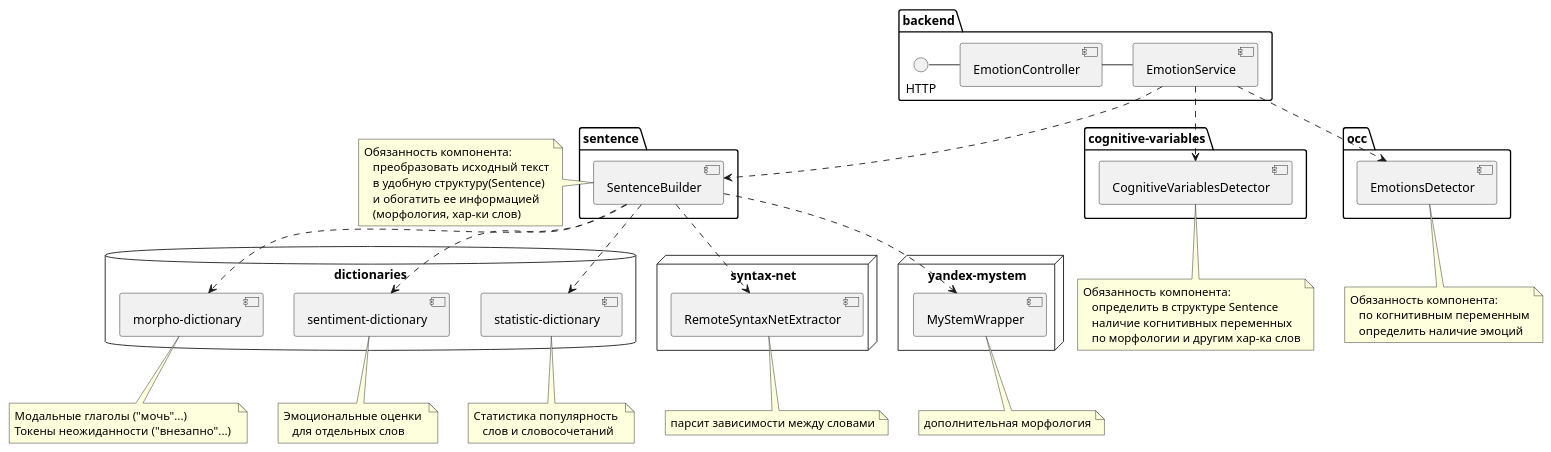
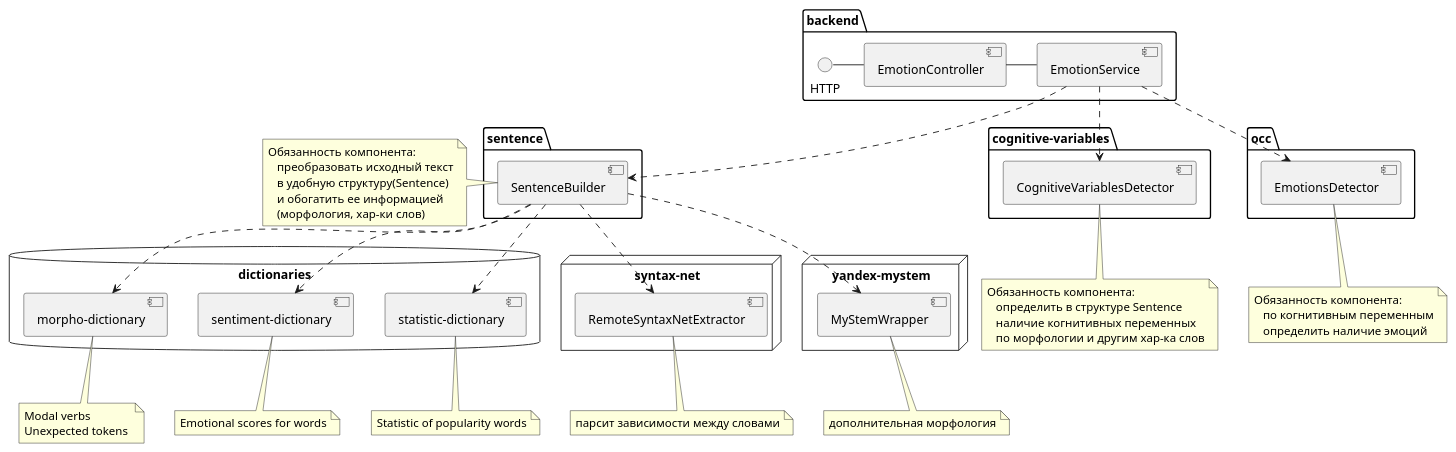
The diagram in docs/components-diagram.wsd (slapoguzov/emodetect), drawn with PlantUML before and after one commit.

Commit message:
fix component diagram

```diff
--- a/docs/components-diagram.wsd
+++ b/docs/components-diagram.wsd
@@ -1,84 +1,82 @@
 @startuml
 
 database "dictionaries" {
     ["morpho-dictionary"]
     ["sentiment-dictionary"]
     ["statistic-dictionary"]
 }
 note bottom of ["morpho-dictionary"]
-	Модальные глаголы ("мочь"...)
-	Токены неожиданности ("внезапно"...) 
+	Modal verbs
+	Unexpected tokens 
 end note
 
 note bottom of ["sentiment-dictionary"]
-	Эмоциональные оценки 
-    для отдельных слов 
+	Emotional scores for words
 end note
 
 note bottom of ["statistic-dictionary"]
-	Статистика популярность 
-    слов и словосочетаний
+	Statistic of popularity words
 end note
 
 node "syntax-net" {
     [RemoteSyntaxNetExtractor]
 }
 note bottom of [RemoteSyntaxNetExtractor]
     парсит зависимости между словами
 end note
 
 
 node "yandex-mystem" {
     [MyStemWrapper]
 }
 note bottom of [MyStemWrapper]
 	дополнительная морфология
 end note
 
 package "sentence" {
   [SentenceBuilder]
   SentenceBuilder ..> ["morpho-dictionary"]
   SentenceBuilder ..> ["sentiment-dictionary"]
   SentenceBuilder ..> ["statistic-dictionary"]
   SentenceBuilder ..> [RemoteSyntaxNetExtractor]
   SentenceBuilder ..> [MyStemWrapper]
 }
 
 note left of [SentenceBuilder]
 	Обязанность компонента:
     преобразовать исходный текст
     в удобную структуру(Sentence)
     и обогатить ее информацией
     (морфология, хар-ки слов)
 end note
 
 package "cognitive-variables" {
   [CognitiveVariablesDetector]
 }
 
 note bottom of [CognitiveVariablesDetector]
 	Обязанность компонента:
     определить в структуре Sentence
     наличие когнитивных переменных
     по морфологии и другим хар-ка слов
 end note
 
 package "occ" {
   [EmotionsDetector]
 }
 
 note bottom of [EmotionsDetector]
 	Обязанность компонента:
     по когнитивным переменным
     определить наличие эмоций
 end note
 
 package "backend" {
   HTTP - [EmotionController]
   EmotionController - [EmotionService]
   EmotionService ..> SentenceBuilder
   EmotionService ..> CognitiveVariablesDetector
   EmotionService ..> EmotionsDetector
 }
 
 @enduml
```
